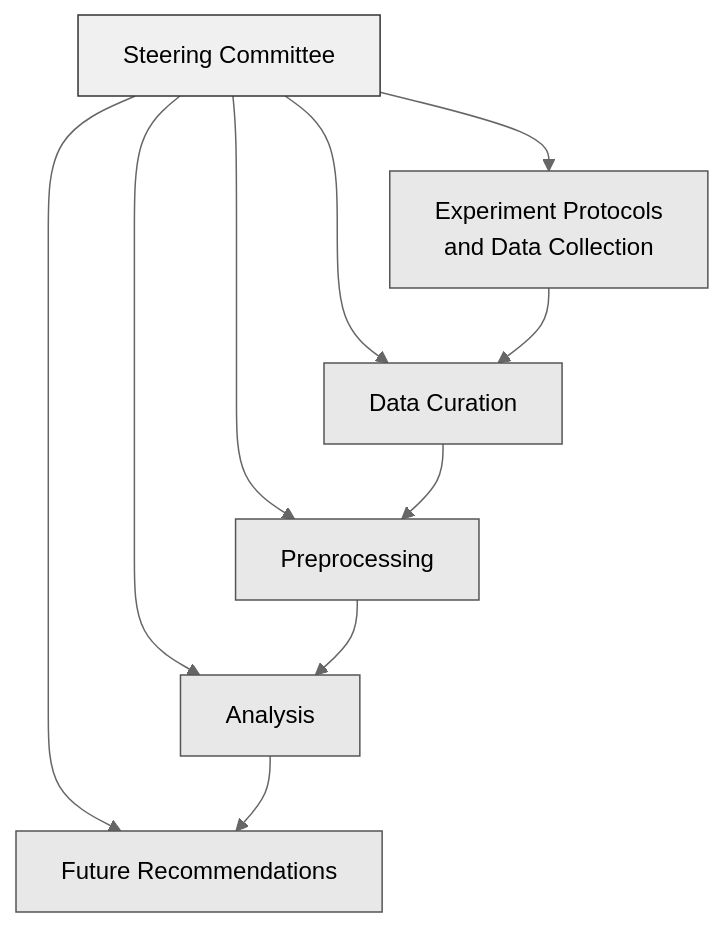
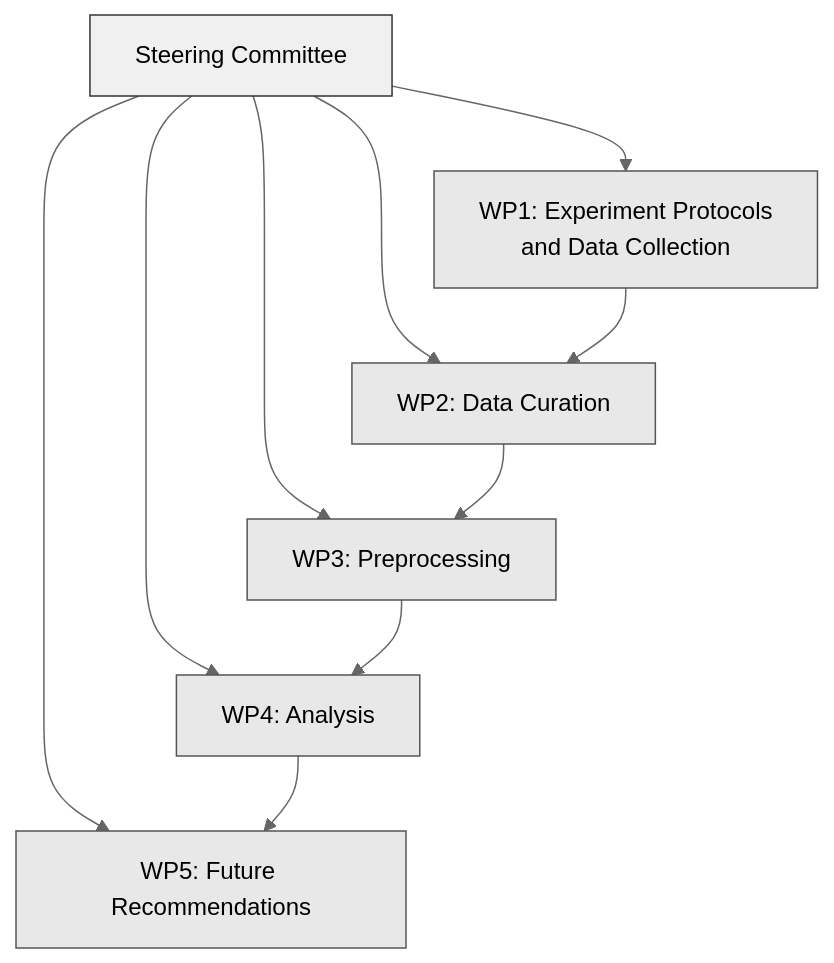
Before and after one commit to JuliusWelzel/eegmanysteps: the diagram in index.qmd, drawn with Mermaid (neutral theme). The commit also changed other lines of this file, not shown here.

````diff
--- a/index.qmd
+++ b/index.qmd
@@ -78,28 +78,28 @@
 ```{mermaid}
 graph TD
     style A fill:#F0F0F0,stroke:#333,stroke-width:1px,corner-radius:5px
     style B1 fill:#E8E8E8,stroke:#555,stroke-width:1px,corner-radius:5px
     style B2 fill:#E8E8E8,stroke:#555,stroke-width:1px,corner-radius:5px
     style B3 fill:#E8E8E8,stroke:#555,stroke-width:1px,corner-radius:5px
     style B4 fill:#E8E8E8,stroke:#555,stroke-width:1px,corner-radius:5px
     style B5 fill:#E8E8E8,stroke:#555,stroke-width:1px,corner-radius:5px
 
     A[Steering Committee]
-    B1[Experiment Protocols<br>and Data Collection]
-    B2[Data Curation]
-    B3[Preprocessing]
-    B4[Analysis]
-    B5[Future Recommendations]
+    B1[WP1: Experiment Protocols<br>and Data Collection]
+    B2[WP2: Data Curation]
+    B3[WP3: Preprocessing]
+    B4[WP4: Analysis]
+    B5[WP5: Future Recommendations]
 
     A --> B1
     A --> B2
     A --> B3
     A --> B4
     A --> B5
     B1 --> B2
     B2 --> B3
     B3 --> B4
     B4 --> B5
     
 
 ```
````
